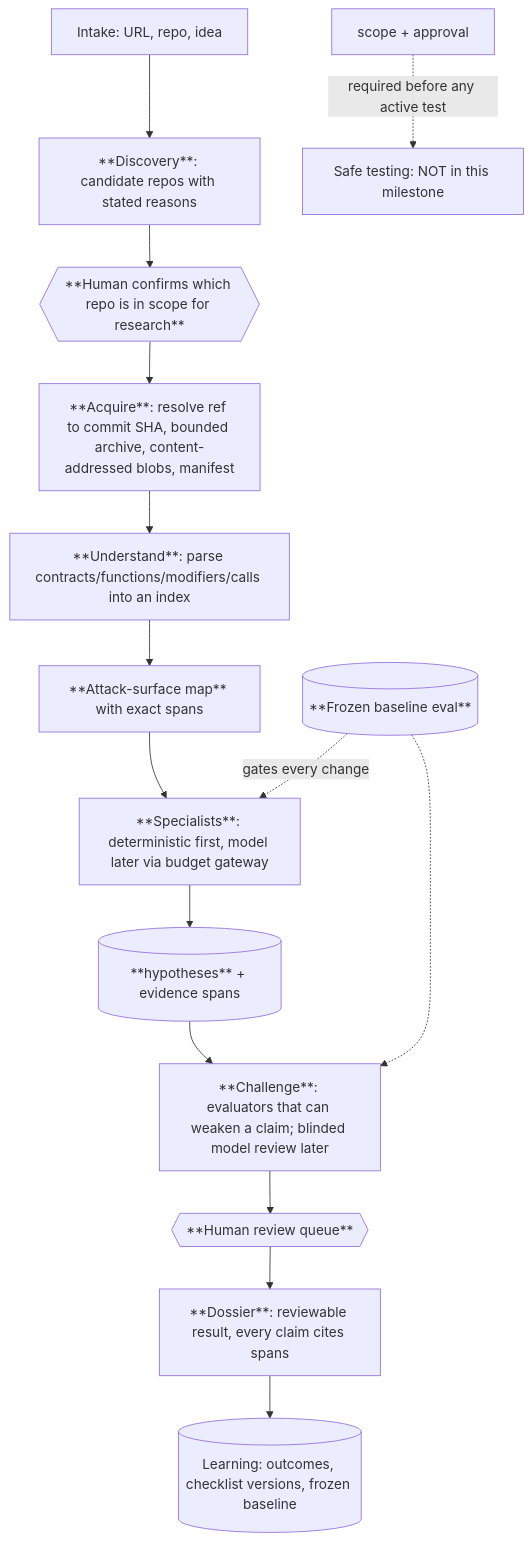
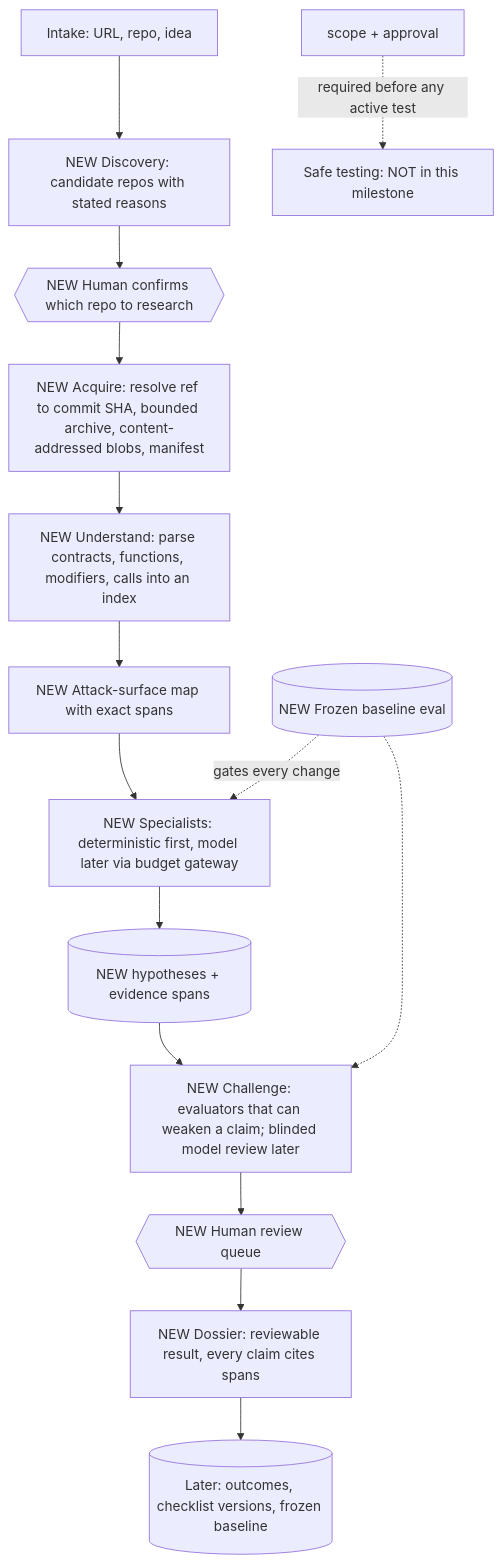
Before and after one commit to Sydneyanon/agentsmith-multihub: the second of 2 diagrams in docs/research-intelligence-plan.md, drawn with Mermaid. The commit also changed other lines of this file, not shown here.

Commit message:
docs: correct sampler size wording and quote diagram labels
Claude-Session: https://claude.ai/code/session_01WqgUXPKRtWKWJd57TvffMY

````diff
--- a/docs/research-intelligence-plan.md
+++ b/docs/research-intelligence-plan.md
@@ -91,17 +91,17 @@
 ```mermaid
 flowchart TD
-  A[Intake: URL, repo, idea] --> D[**Discovery**: candidate repos with stated reasons]
-  D --> H1{{**Human confirms which repo is in scope for research**}}
-  H1 --> Q[**Acquire**: resolve ref to commit SHA, bounded archive, content-addressed blobs, manifest]
-  Q --> U2[**Understand**: parse contracts/functions/modifiers/calls into an index]
-  U2 --> M[**Attack-surface map** with exact spans]
-  M --> SP[**Specialists**: deterministic first, model later via budget gateway]
-  SP --> HY[(**hypotheses** + evidence spans)]
-  HY --> CH[**Challenge**: evaluators that can weaken a claim; blinded model review later]
-  CH --> H2{{**Human review queue**}}
-  H2 --> DOS[**Dossier**: reviewable result, every claim cites spans]
-  DOS --> LRN[(Learning: outcomes, checklist versions, frozen baseline)]
-  SC2[scope + approval] -. required before any active test .-> TEST[Safe testing: NOT in this milestone]
-  EV[(**Frozen baseline eval**)] -. gates every change .-> SP
+  A["Intake: URL, repo, idea"] --> D["NEW Discovery: candidate repos with stated reasons"]
+  D --> H1{{"NEW Human confirms which repo to research"}}
+  H1 --> Q["NEW Acquire: resolve ref to commit SHA, bounded archive, content-addressed blobs, manifest"]
+  Q --> U2["NEW Understand: parse contracts, functions, modifiers, calls into an index"]
+  U2 --> M["NEW Attack-surface map with exact spans"]
+  M --> SP["NEW Specialists: deterministic first, model later via budget gateway"]
+  SP --> HY[("NEW hypotheses + evidence spans")]
+  HY --> CH["NEW Challenge: evaluators that can weaken a claim; blinded model review later"]
+  CH --> H2{{"NEW Human review queue"}}
+  H2 --> DOS["NEW Dossier: reviewable result, every claim cites spans"]
+  DOS --> LRN[("Later: outcomes, checklist versions, frozen baseline")]
+  SC2["scope + approval"] -. "required before any active test" .-> TEST["Safe testing: NOT in this milestone"]
+  EV[("NEW Frozen baseline eval")] -. "gates every change" .-> SP
   EV -.-> CH
 ```
````
